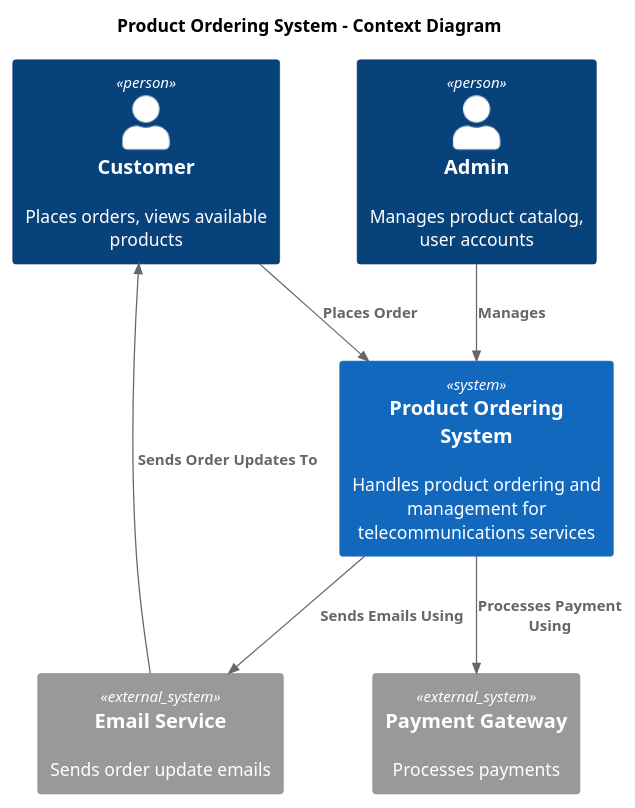
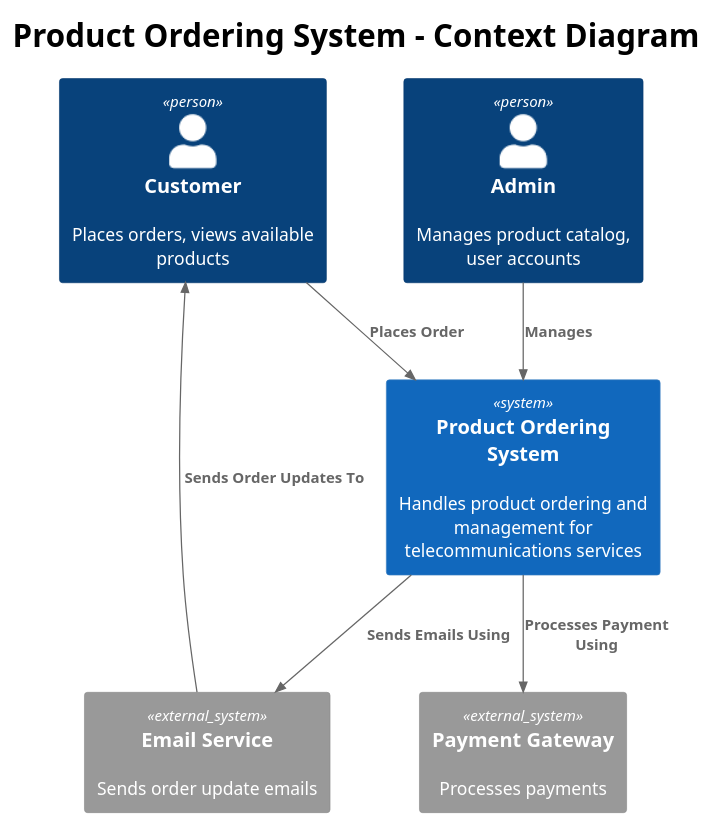
The diagram in c4/context/context.puml (ensarhamzic/diplomski-rad-softversko-inzenjerstvo), drawn with PlantUML before and after one commit. The commit also changed 1 other file, not shown here.

```diff
--- a/c4/context/context.puml
+++ b/c4/context/context.puml
@@ -1,21 +1,23 @@
 @startuml C4_Context
 
 !include https://raw.githubusercontent.com/plantuml-stdlib/C4-PlantUML/master/C4_Context.puml
+
+skinparam titleFontSize 25
 
 title Product Ordering System - Context Diagram
 
 Person(customer, "Customer", "Places orders, views available products")
 Person(admin, "Admin", "Manages product catalog, user accounts")
 
 System(productOrderingSystem, "Product Ordering System", "Handles product ordering and management for telecommunications services")
 
 System_Ext(paymentGateway, "Payment Gateway", "Processes payments")
 System_Ext(emailService, "Email Service", "Sends order update emails")
 
 Rel(customer, productOrderingSystem, "Places Order")
 Rel(admin, productOrderingSystem, "Manages")
 Rel(productOrderingSystem, paymentGateway, "Processes Payment Using")
 Rel(productOrderingSystem, emailService, "Sends Emails Using")
 Rel(emailService, customer, "Sends Order Updates To")
 
 @enduml
```
